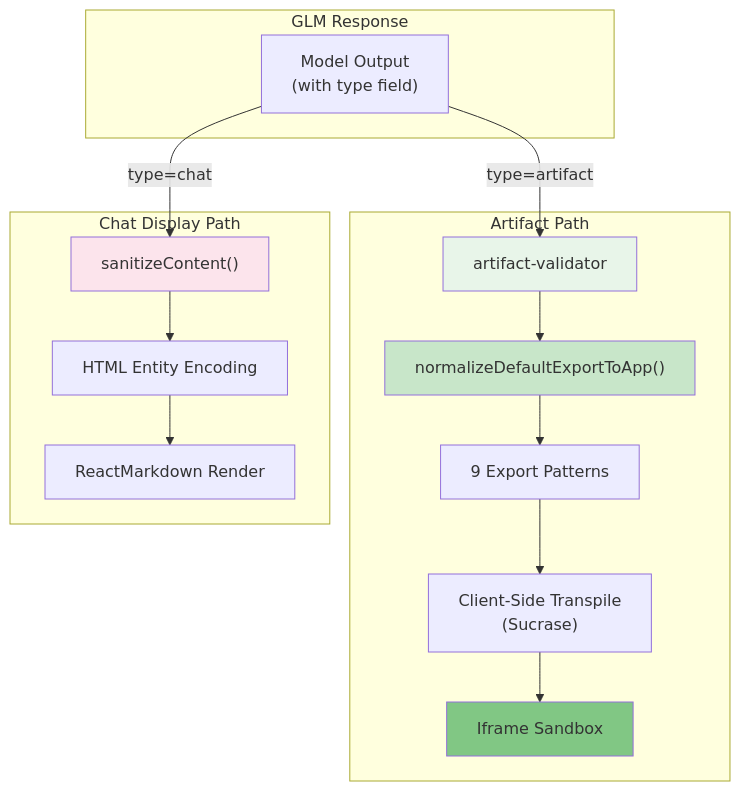
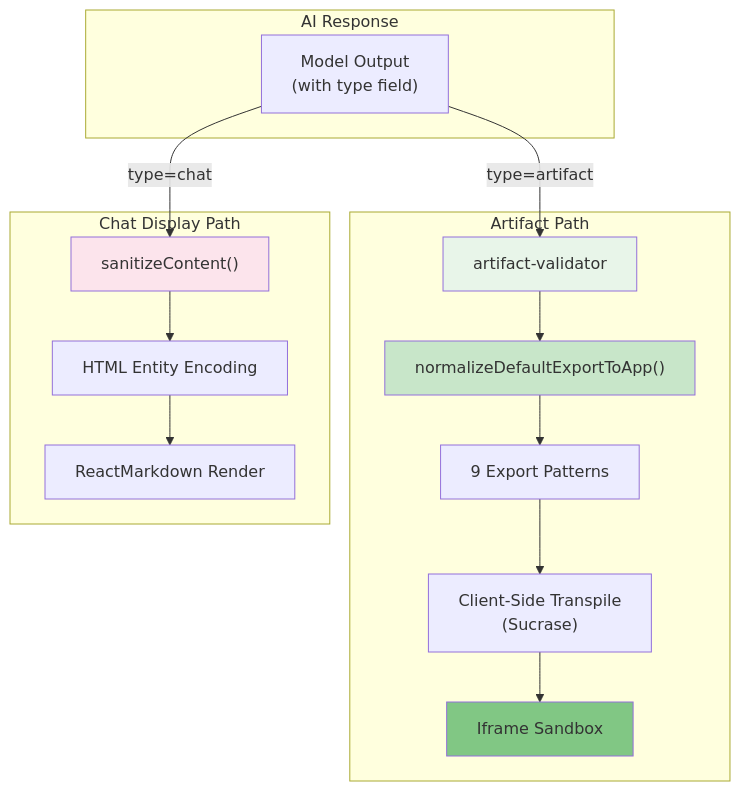
Before and after one commit to NickB03/vana: the second of 5 diagrams in .claude/DIAGRAMS.md, drawn with Mermaid. The commit also changed other lines of this file and 84 other files, not shown here.

````diff
--- a/.claude/DIAGRAMS.md
+++ b/.claude/DIAGRAMS.md
@@ -93,31 +93,31 @@
 ```mermaid
 flowchart TB
-    subgraph GLM["GLM Response"]
+    subgraph AIRESP["AI Response"]
         R["Model Output<br/>(with type field)"]
     end
 
     subgraph ArtifactPath["Artifact Path"]
         A1["artifact-validator"]
         A2["normalizeDefaultExportToApp()"]
         A3["9 Export Patterns"]
         A4["Iframe Sandbox"]
         A5["Client-Side Transpile<br/>(Sucrase)"]
     end
 
     subgraph ChatPath["Chat Display Path"]
         C1["sanitizeContent()"]
         C2["HTML Entity Encoding"]
         C3["ReactMarkdown Render"]
     end
 
     R -->|type=artifact| A1
     R -->|type=chat| C1
 
     A1 --> A2 --> A3 --> A5 --> A4
     C1 --> C2 --> C3
 
     style A1 fill:#e8f5e9
     style A2 fill:#c8e6c9
     style C1 fill:#fce4ec
     style A4 fill:#81c784
 ```
````
